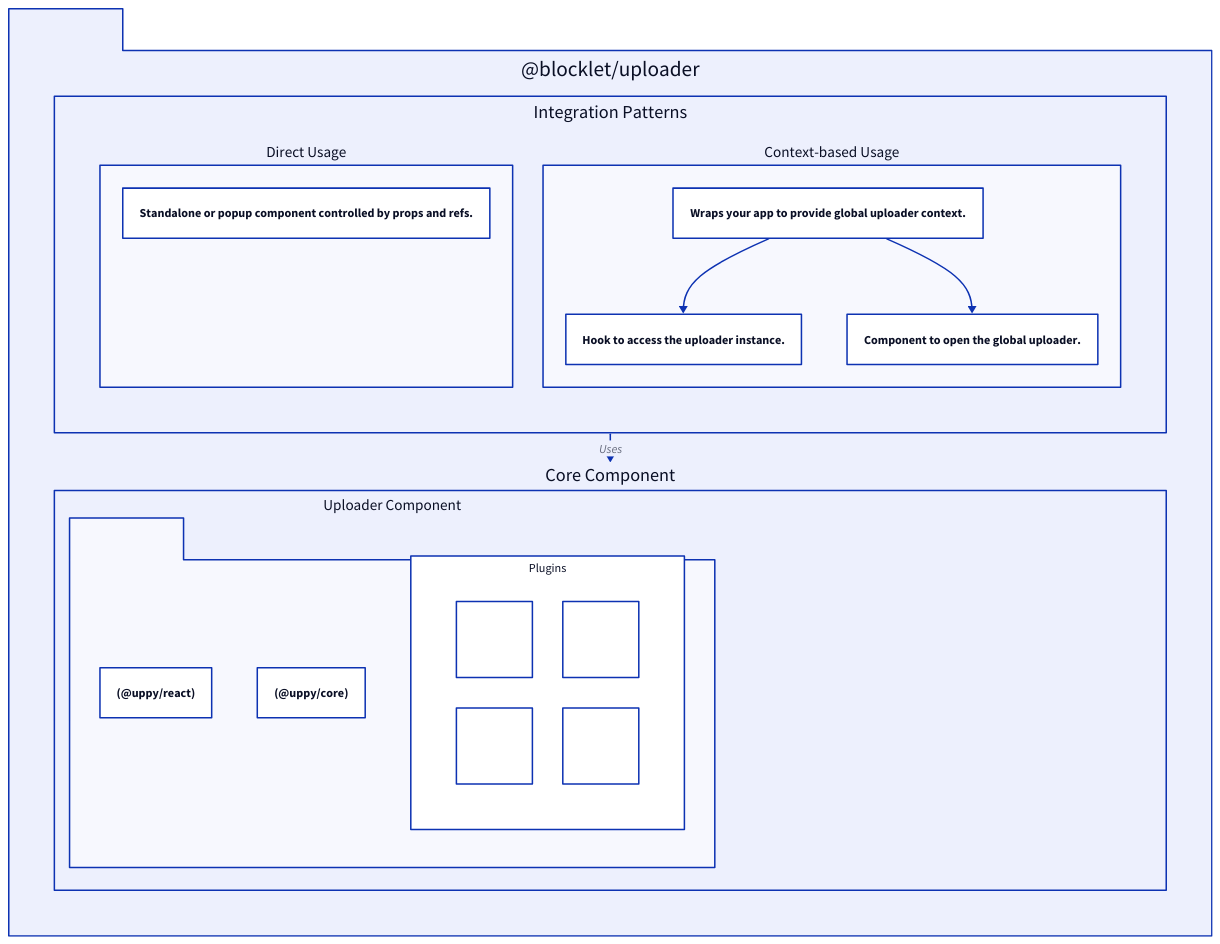
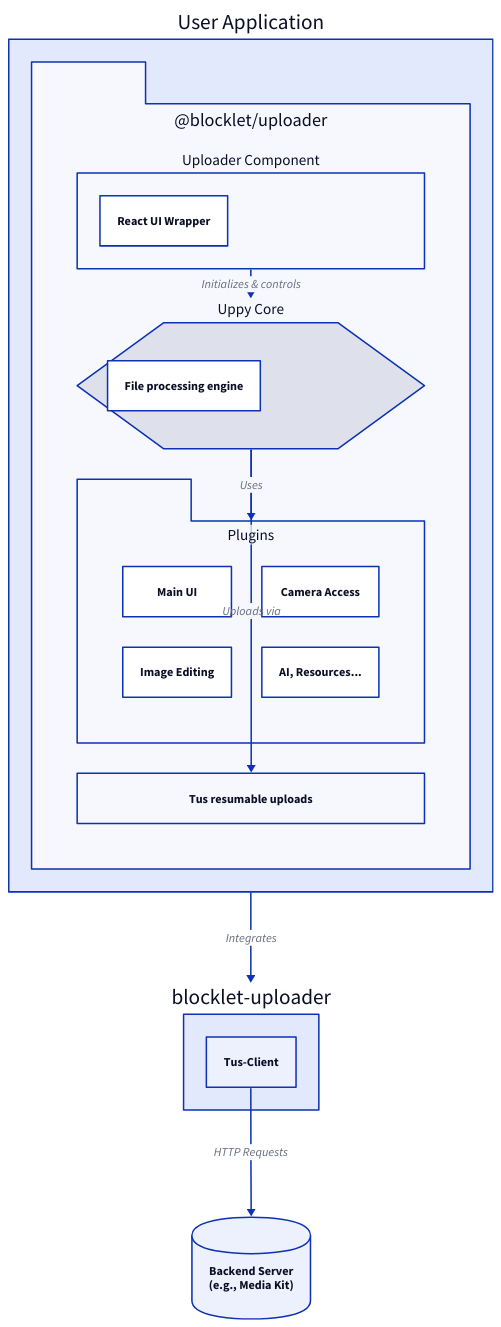
Before and after one commit to blocklet/media-kit: the diagram in .aigne/doc-smith/docs/api-reference-uploader.md, drawn with D2. The commit also changed other lines of this file and 26 other files, not shown here.

````diff
--- a/.aigne/doc-smith/docs/api-reference-uploader.md
+++ b/.aigne/doc-smith/docs/api-reference-uploader.md
@@ -11,47 +13,52 @@
 ```d2
 direction: down
 
-"@blocklet/uploader": {
-  shape: package
-  grid-columns: 1
+"User-Application": {
+  label: "User Application"
+  shape: rectangle
 
-  "Integration Patterns": {
-    shape: rectangle
-    grid-columns: 2
+  "blocklet-uploader": {
+    label: "@blocklet/uploader"
+    shape: package
+    grid-columns: 1
 
-    "Direct Usage": {
-      shape: rectangle
-      "<Uploader />": "Standalone or popup component controlled by props and refs."
+    "Uploader-Component": {
+        label: "Uploader Component"
+        shape: rectangle
+        "React UI Wrapper"
     }
 
-    "Context-based Usage": {
-      shape: rectangle
-      "<UploaderProvider />": "Wraps your app to provide global uploader context."
-      "useUploaderContext()": "Hook to access the uploader instance."
-      "<UploaderTrigger />": "Component to open the global uploader."
+    "Uppy-Core": {
+        label: "Uppy Core"
+        shape: hexagon
+        "File processing engine"
+    }
 
-      "<UploaderProvider />" -> "useUploaderContext()"
-      "<UploaderProvider />" -> "<UploaderTrigger />"
+    "Plugins": {
+      shape: package
+      grid-columns: 2
+      "Dashboard-UI": "Main UI"
+      "ImageEditor": "Image Editing"
+      "Webcam": "Camera Access"
+      "Custom-Plugins": "AI, Resources..."
     }
+
+    "Tus-Client": {
+        label: "Tus resumable uploads"
+        shape: rectangle
+    }
+
+    "Uploader-Component" -> "Uppy-Core": "Initializes & controls"
+    "Uppy-Core" -> "Plugins": "Uses"
+    "Uppy-Core" -> "Tus-Client": "Uploads via"
   }
-
-  "Core Component": {
-    shape: rectangle
-    "Uploader Component": {
-      shape: package
-      "Dashboard UI": "(@uppy/react)"
-      "Core Logic": "(@uppy/core)"
-      "Plugins": {
-        grid-columns: 2
-        "Webcam": ""
-        "Image Editor": ""
-        "AI Image": ""
-        "URL Import": ""
-      }
-    }
-  }
-
-  "Integration Patterns" -> "Core Component": "Uses"
 }
 
+"Backend-Server": {
+  label: "Backend Server\n(e.g., Media Kit)"
+  shape: cylinder
+}
+
+"User-Application" -> "blocklet-uploader": "Integrates"
+"blocklet-uploader"."Tus-Client" -> "Backend-Server": "HTTP Requests"
 ```
````
